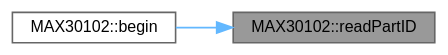
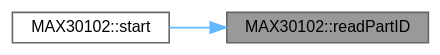
One commit to RajasJoshi/HeartGuard changed the diagram in Docs/pdf/classMAX30102_ac17326fd1347d61dfbfd5ab76d039fb2_icgraph.dot. Above: the diagram before and after it, drawn with Graphviz. The commit also changed 583 other files, not shown here.

```diff
--- a/Docs/pdf/classMAX30102_ac17326fd1347d61dfbfd5ab76d039fb2_icgraph.dot
+++ b/Docs/pdf/classMAX30102_ac17326fd1347d61dfbfd5ab76d039fb2_icgraph.dot
@@ -1,11 +1,11 @@
 digraph "MAX30102::readPartID"
 {
  // LATEX_PDF_SIZE
   bgcolor="transparent";
   edge [fontname=Helvetica,fontsize=10,labelfontname=Helvetica,labelfontsize=10];
   node [fontname=Helvetica,fontsize=10,shape=box,height=0.2,width=0.4];
   rankdir="RL";
-  Node1 [id="Node000001",label="MAX30102::readPartID",height=0.2,width=0.4,color="gray40", fillcolor="grey60", style="filled", fontcolor="black",tooltip="Read the part ID of the MAX30102 sensor."];
+  Node1 [id="Node000001",label="MAX30102::readPartID",height=0.2,width=0.4,color="gray40", fillcolor="grey60", style="filled", fontcolor="black",tooltip=" "];
   Node1 -> Node2 [id="edge2_Node000001_Node000002",dir="back",color="steelblue1",style="solid",tooltip=" "];
-  Node2 [id="Node000002",label="MAX30102::begin",height=0.2,width=0.4,color="grey40", fillcolor="white", style="filled",URL="$classMAX30102.html#ab148e8492b5c8b5bc60b501ed84f3d46",tooltip="Initializes sensor."];
+  Node2 [id="Node000002",label="MAX30102::start",height=0.2,width=0.4,color="grey40", fillcolor="white", style="filled",URL="$classMAX30102.html#a66e23eb885a4fe772fcc1e23f879b17f",tooltip="Worker thread that listens for data ready events."];
 }
```
